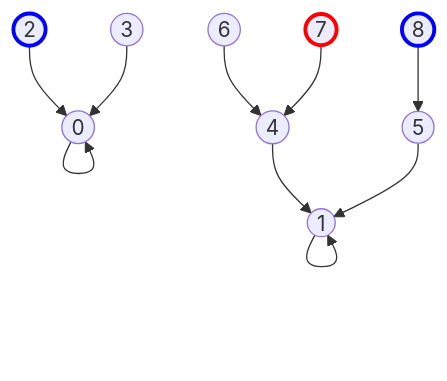
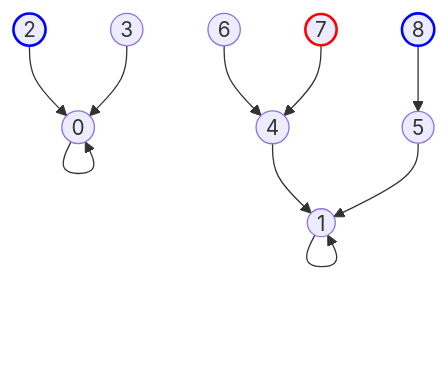
Diagram 11 of 20 in Disjoint Set.md (mrfish233/notes), drawn with Mermaid before and after one commit. The commit also changed other lines of this file, not shown here.

````diff
--- a/Disjoint Set.md
+++ b/Disjoint Set.md
@@ -372,22 +367,22 @@
 ```mermaid
 graph TB
 0((0))
 1((1))
 2((2))
 3((3))
 4((4))
 5((5))
 6((6))
 7((7))
 8((8))
 
 0 & 2 & 3 --> 0
 1 --> 1
 4 & 5 --> 1
 6 & 7 --> 4
 8 --> 5
 
-style 7 stroke:#f00, stroke-width:3px;
-style 2 stroke:#00f, stroke-width:3px;
-style 8 stroke:#00f, stroke-width:3px;
+style 7 stroke:#f00, stroke-width:2px;
+style 2 stroke:#00f, stroke-width:2px;
+style 8 stroke:#00f, stroke-width:2px;
 ```
````
